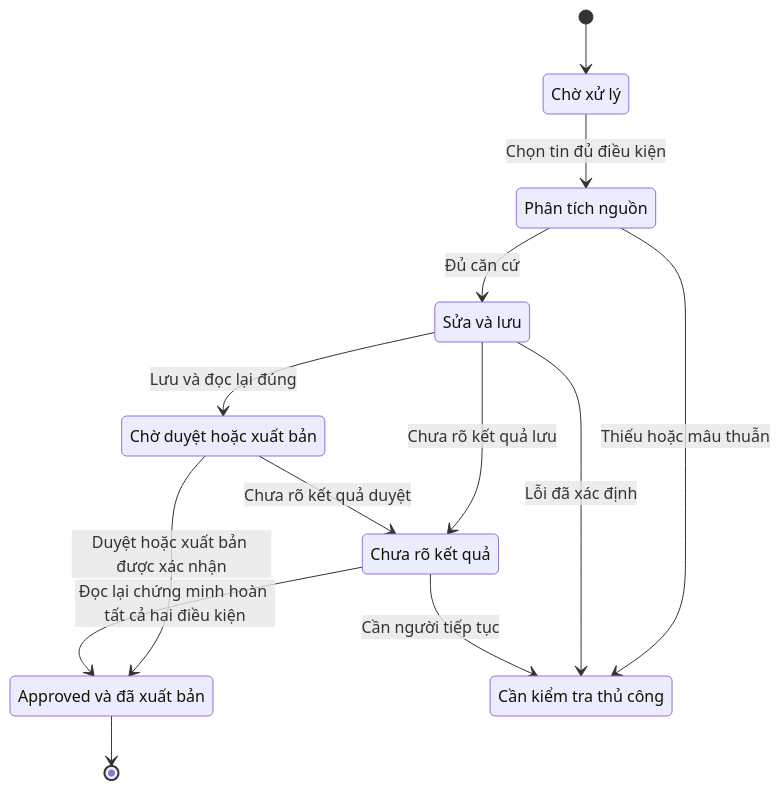
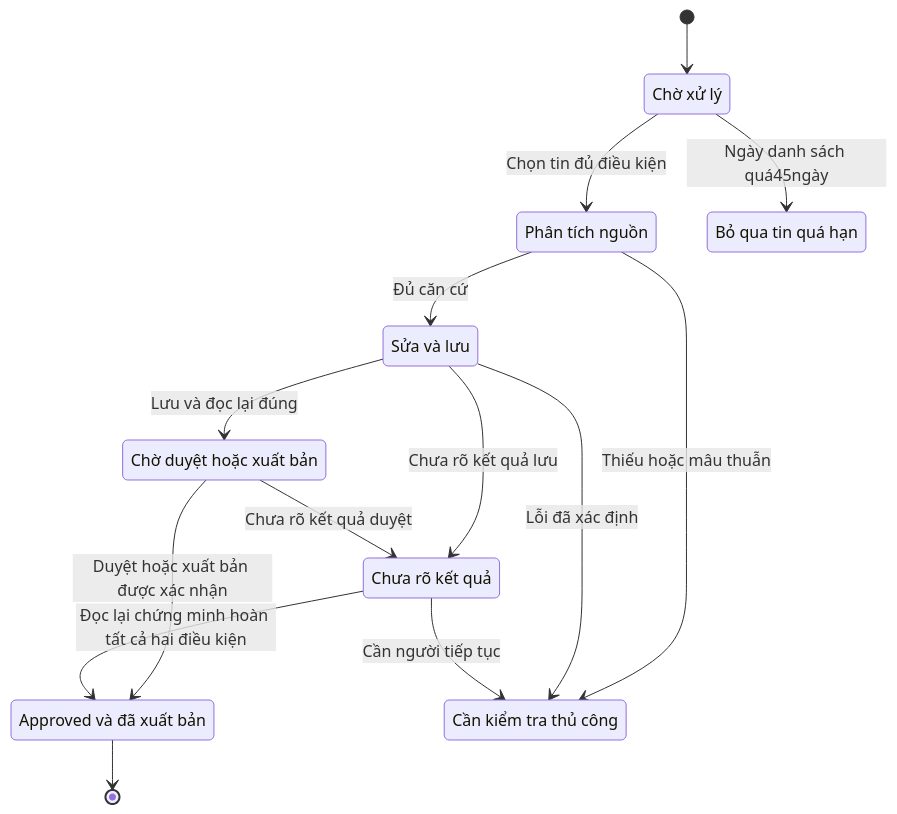
The fourth of 5 diagrams in Docs/01-product/nailhub-postings-noissue_business_261013_v1.0.0.md (PersonalProjectJob/telegram-agent), drawn with Mermaid before and after one commit. The commit also changed other lines of this file and 18 other files, not shown here.

````diff
--- a/Docs/01-product/nailhub-postings-noissue_business_261013_v1.0.0.md
+++ b/Docs/01-product/nailhub-postings-noissue_business_261013_v1.0.0.md
@@ -268,22 +306,24 @@
 ```mermaid
 stateDiagram-v2
     state "Chờ xử lý" as Waiting
     state "Phân tích nguồn" as Analyze
     state "Sửa và lưu" as Edit
     state "Chờ duyệt hoặc xuất bản" as Ready
     state "Approved và đã xuất bản" as Done
     state "Cần kiểm tra thủ công" as Manual
     state "Chưa rõ kết quả" as Uncertain
+    state "Bỏ qua tin quá hạn" as Old
     [*] --> Waiting
     Waiting --> Analyze: Chọn tin đủ điều kiện
+    Waiting --> Old: Ngày danh sách quá45ngày
     Analyze --> Edit: Đủ căn cứ
     Analyze --> Manual: Thiếu hoặc mâu thuẫn
     Edit --> Ready: Lưu và đọc lại đúng
     Edit --> Manual: Lỗi đã xác định
     Edit --> Uncertain: Chưa rõ kết quả lưu
     Ready --> Done: Duyệt hoặc xuất bản được xác nhận
     Ready --> Uncertain: Chưa rõ kết quả duyệt
     Uncertain --> Manual: Cần người tiếp tục
     Uncertain --> Done: Đọc lại chứng minh hoàn tất cả hai điều kiện
     Done --> [*]
 ```
````
